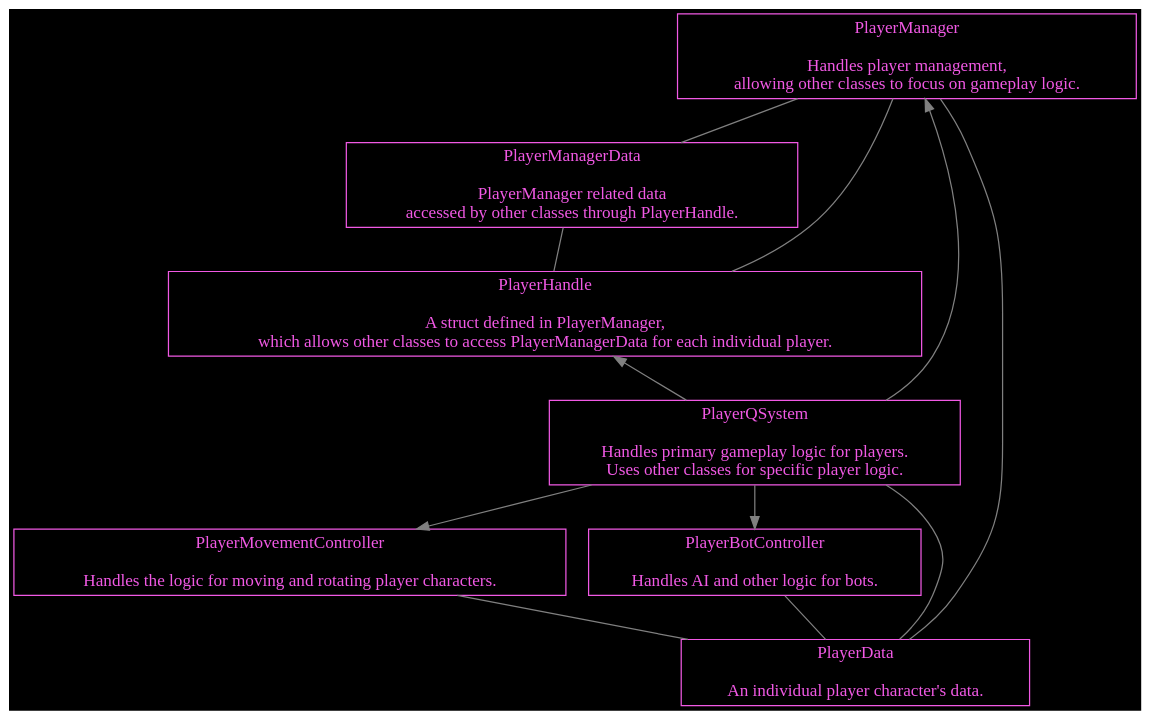
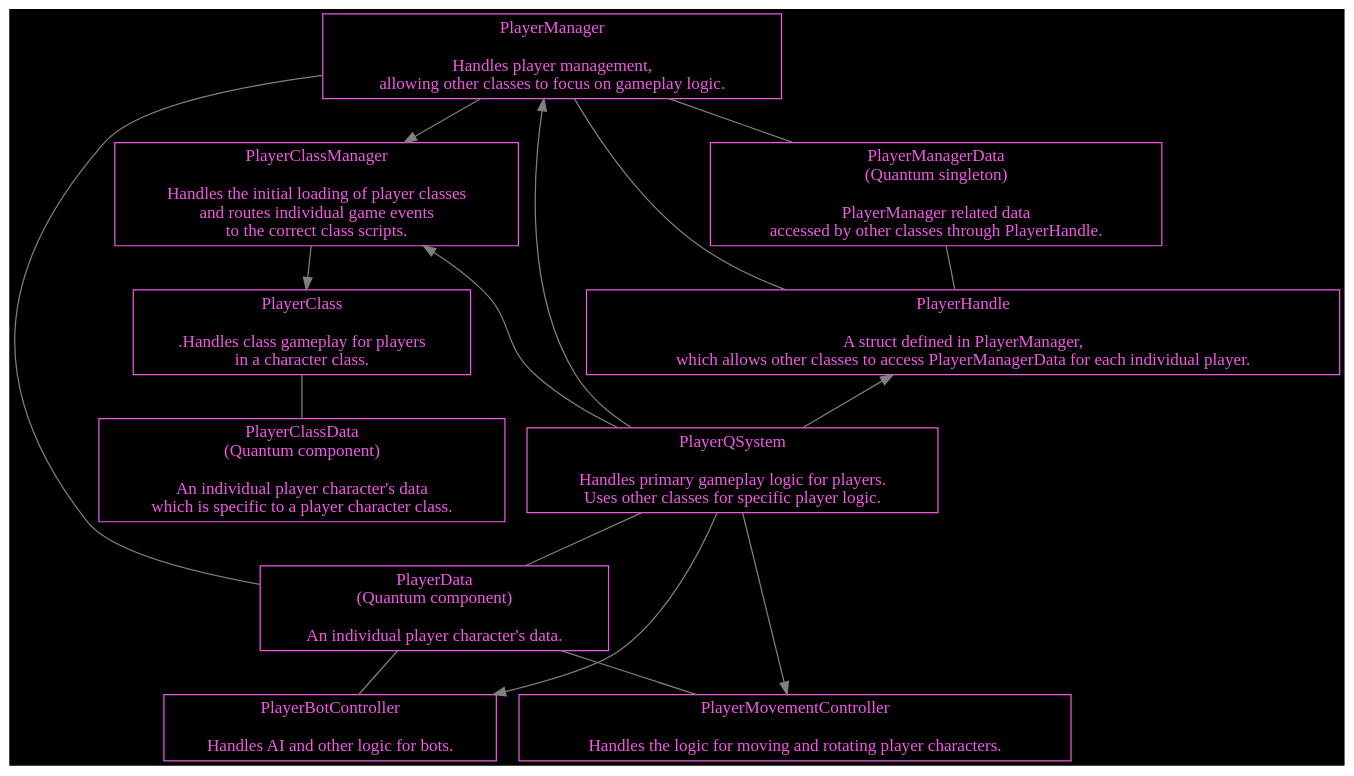
Before and after one commit to Alt-Org/Altzone: the seventh of 8 diagrams in Doc/Doxygen/Battle/additional-documentation/pages/1-concepts-player-.md, drawn with Graphviz. The commit also changed other lines of this file, not shown here.

Commit message:
Battle 1-concepts-player-.md: Updated documentation

````diff
--- a/Doc/Doxygen/Battle/additional-documentation/pages/1-concepts-player-.md
+++ b/Doc/Doxygen/Battle/additional-documentation/pages/1-concepts-player-.md
@@ -345,24 +345,38 @@
 ```dot
 digraph PlayerSimulation {
   color=white;
   fontcolor=white;
   bgcolor=black;
 
   node [shape=box, style=filled, color="#F159E4", fontcolor="#F159E4", fillcolor=black];
   edge [color=gray];
 
   PlayerManager            [label="PlayerManager\n\nHandles player management,\nallowing other classes to focus on gameplay logic."];
-  PlayerManagerData        [label="PlayerManagerData\n\nPlayerManager related data\naccessed by other classes through PlayerHandle."];
+  PlayerManagerData        [label="PlayerManagerData\n(Quantum singleton)\n\nPlayerManager related data\naccessed by other classes through PlayerHandle."];
   PlayerHandle             [label="PlayerHandle\n\nA struct defined in PlayerManager,\nwhich allows other classes to access PlayerManagerData for each individual player."];
   PlayerQSystem            [label="PlayerQSystem\n\nHandles primary gameplay logic for players.\nUses other classes for specific player logic."];
   PlayerMovementController [label="PlayerMovementController\n\nHandles the logic for moving and rotating player characters."];
+  PlayerClassManager       [label="PlayerClassManager\n\nHandles the initial loading of player classes\nand routes individual game events\nto the correct class scripts."];
+  PlayerClass              [label="PlayerClass\n\n.Handles class gameplay for players\nin a character class."];
+  PlayerClassData          [label="PlayerClassData\n(Quantum component)\n\nAn individual player character's data\nwhich is specific to a player character class."];
   PlayerBotController      [label="PlayerBotController\n\nHandles AI and other logic for bots."];
-  PlayerData               [label="PlayerData\n\nAn individual player character's data."];
+  PlayerData               [label="PlayerData\n(Quantum component)\n\nAn individual player character's data."];
 
-  PlayerManager -> PlayerManagerData, PlayerHandle [dir=none];
-  PlayerManagerData -> PlayerHandle [dir=none];
-  PlayerManager, PlayerHandle -> PlayerQSystem [dir=back];
+  edge [dir=none];
+
+  PlayerManager -> PlayerManagerData, PlayerHandle;
+  PlayerManagerData -> PlayerHandle;
+
+  PlayerManager, PlayerQSystem -> PlayerData -> PlayerMovementController, PlayerBotController;
+  PlayerClass -> PlayerClassData;
+
+  edge [dir=forwards];
+
+  PlayerManager -> PlayerClassManager -> PlayerClass;
   PlayerQSystem -> PlayerMovementController, PlayerBotController;
-  PlayerManager, PlayerQSystem, PlayerMovementController, PlayerBotController -> PlayerData [dir=none];
+
+  edge [dir=back];
+
+  PlayerManager, PlayerHandle, PlayerClassManager -> PlayerQSystem;
 }
 ```
````
